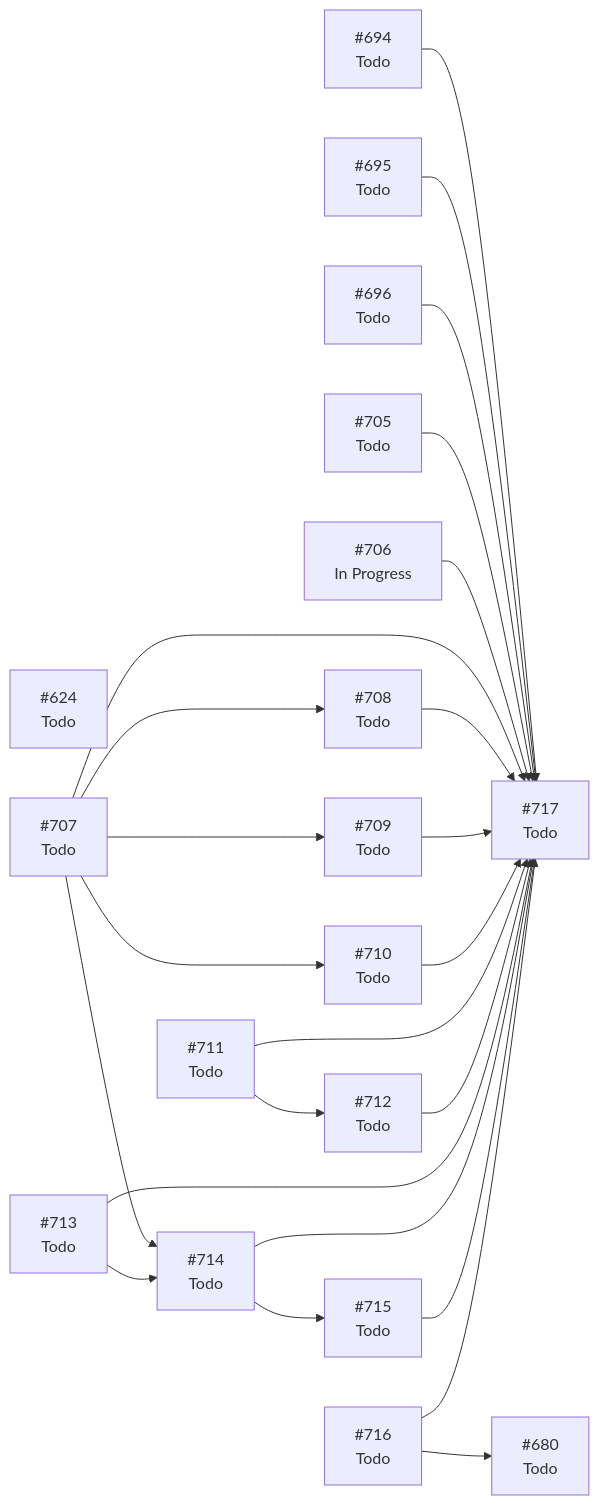
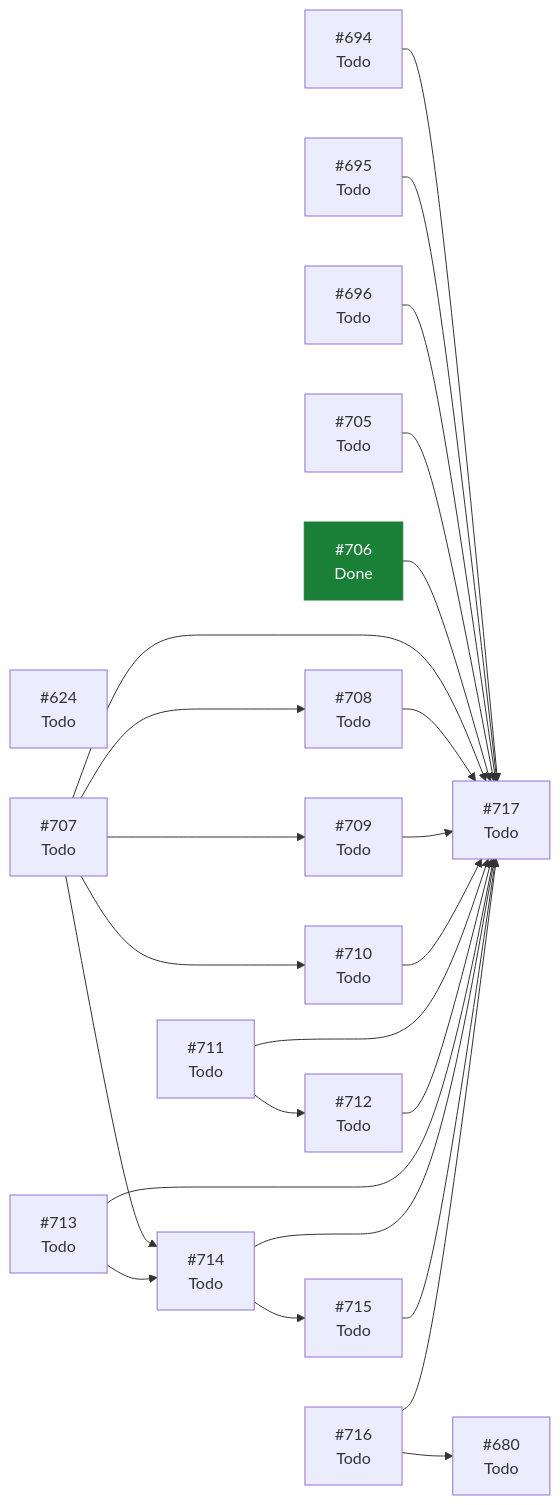
The diagram in docs/planning/STATUS.md (ecamp0s/evault), drawn with Mermaid before and after one commit. The commit also changed other lines of this file, not shown here.

````diff
--- a/docs/planning/STATUS.md
+++ b/docs/planning/STATUS.md
@@ -112,45 +111,46 @@
 ```mermaid
 graph LR
   I624["#624<br/>Todo"]
   I680["#680<br/>Todo"]
   I694["#694<br/>Todo"]
   I695["#695<br/>Todo"]
   I696["#696<br/>Todo"]
   I705["#705<br/>Todo"]
-  I706["#706<br/>In Progress"]
+  I706["#706<br/>Done"]
   I707["#707<br/>Todo"]
   I708["#708<br/>Todo"]
   I709["#709<br/>Todo"]
   I710["#710<br/>Todo"]
   I711["#711<br/>Todo"]
   I712["#712<br/>Todo"]
   I713["#713<br/>Todo"]
   I714["#714<br/>Todo"]
   I715["#715<br/>Todo"]
   I716["#716<br/>Todo"]
   I717["#717<br/>Todo"]
   I694 --> I717
   I695 --> I717
   I696 --> I717
   I705 --> I717
   I706 --> I717
   I707 --> I708
   I707 --> I709
   I707 --> I710
   I707 --> I714
   I707 --> I717
   I708 --> I717
   I709 --> I717
   I710 --> I717
   I711 --> I712
   I711 --> I717
   I712 --> I717
   I713 --> I714
   I713 --> I717
   I714 --> I715
   I714 --> I717
   I715 --> I717
   I716 --> I680
   I716 --> I717
   classDef hecho fill:#1a7f37,stroke:#1a7f37,color:#fff;
+  class I706 hecho;
 ```
````
